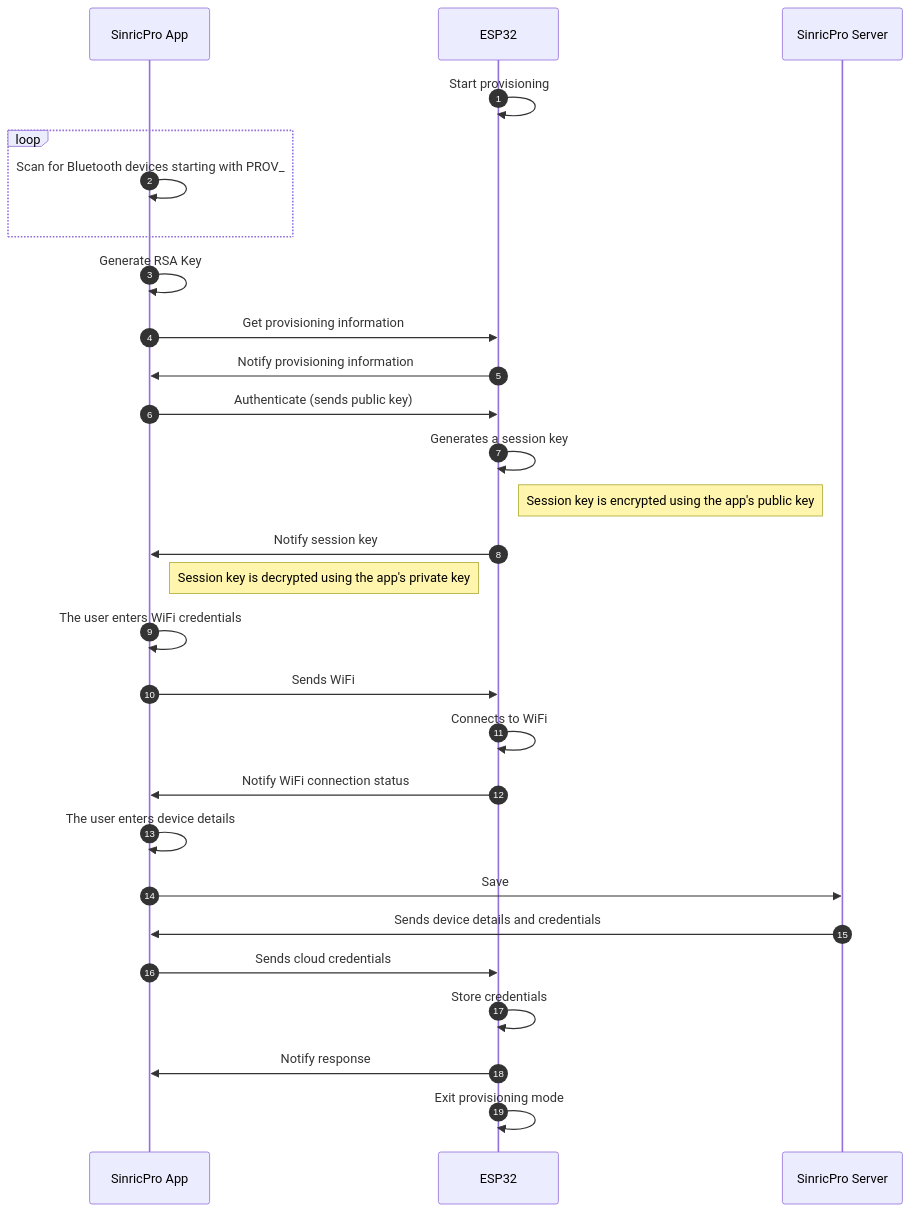
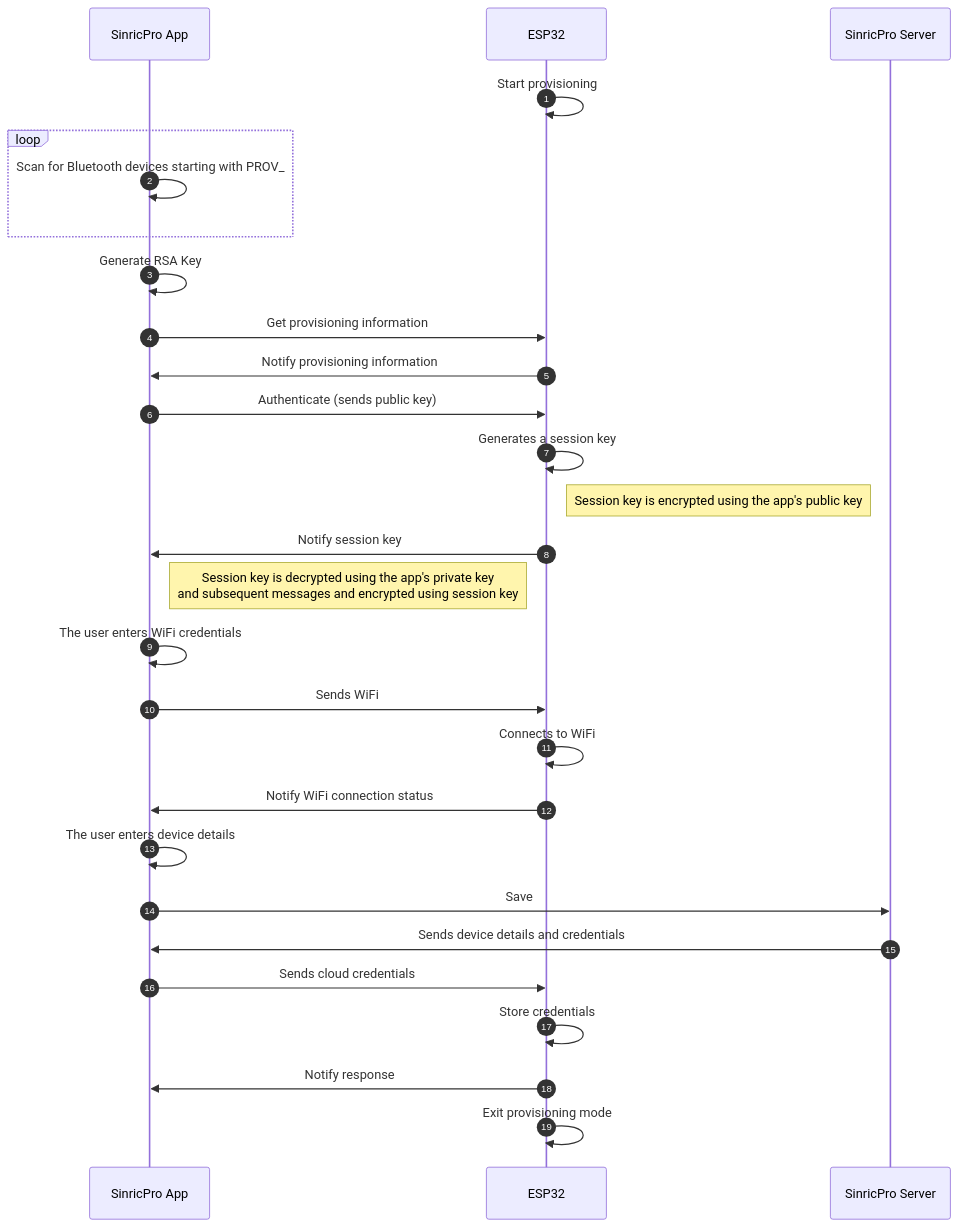
One commit to sinricpro/esp32-business-sdk changed the diagram in README.md. Above: the diagram before and after it, drawn with Mermaid.

````diff
--- a/README.md
+++ b/README.md
@@ -3,32 +3,32 @@
 ```mermaid
 sequenceDiagram
   autonumber
   participant srpa as SinricPro App
   participant esp32 as ESP32
   participant srps as SinricPro Server
   esp32->>esp32: Start provisioning   
   loop
     srpa->>srpa: Scan for Bluetooth devices starting with PROV_
   end 
   srpa->>srpa: Generate RSA Key   
   srpa->>esp32: Get provisioning information
   esp32->>srpa: Notify provisioning information
   srpa->>esp32: Authenticate (sends public key)
   esp32->>esp32: Generates a session key
   Note right of esp32:  Session key is encrypted using the app's public key
   esp32->>srpa: Notify session key
-  Note right of srpa:  Session key is decrypted using the app's private key
+  Note right of srpa:  Session key is decrypted using the app's private key <br/> and subsequent messages and encrypted using session key
   srpa->>srpa: The user enters WiFi credentials
   srpa->>esp32: Sends WiFi
   esp32->>esp32: Connects to WiFi
   esp32->>srpa: Notify WiFi connection status
   srpa->>srpa: The user enters device details
   srpa->>srps: Save 
   srps->>srpa: Sends device details and credentials
   srpa->>esp32: Sends cloud credentials
   esp32->>esp32: Store credentials
   esp32->>srpa: Notify response
   esp32->>esp32: Exit provisioning mode
 
   %% https://mermaid.js.org/syntax/sequenceDiagram.html
 ```
````
